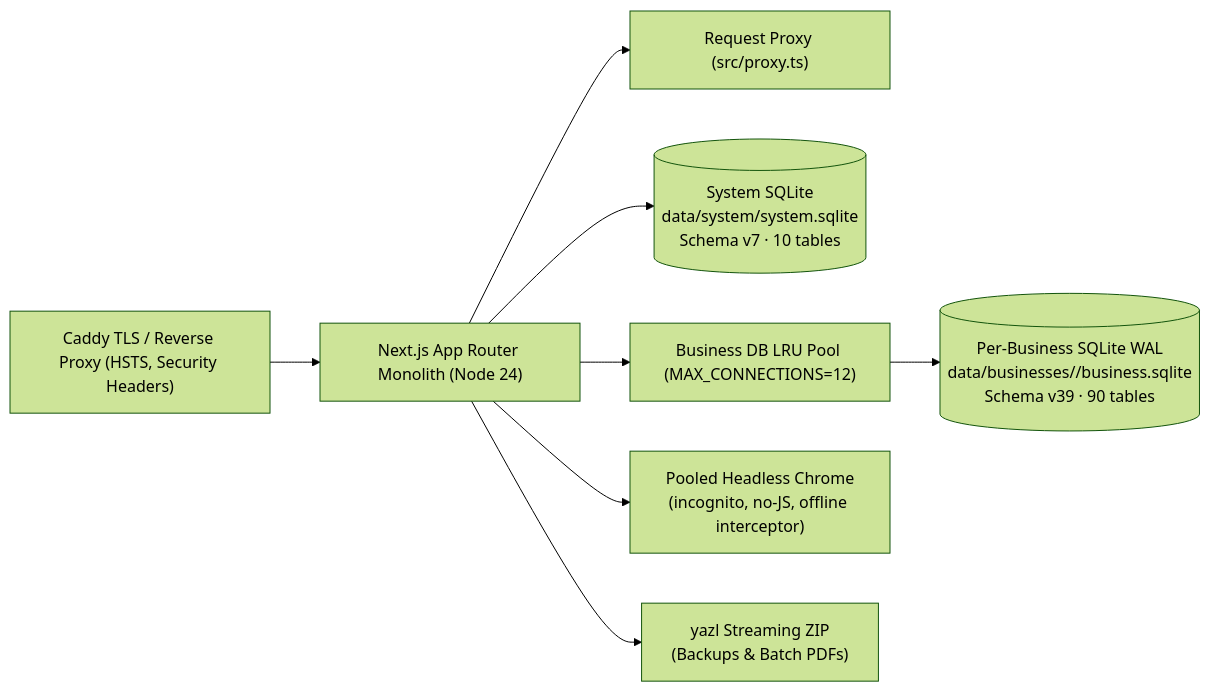
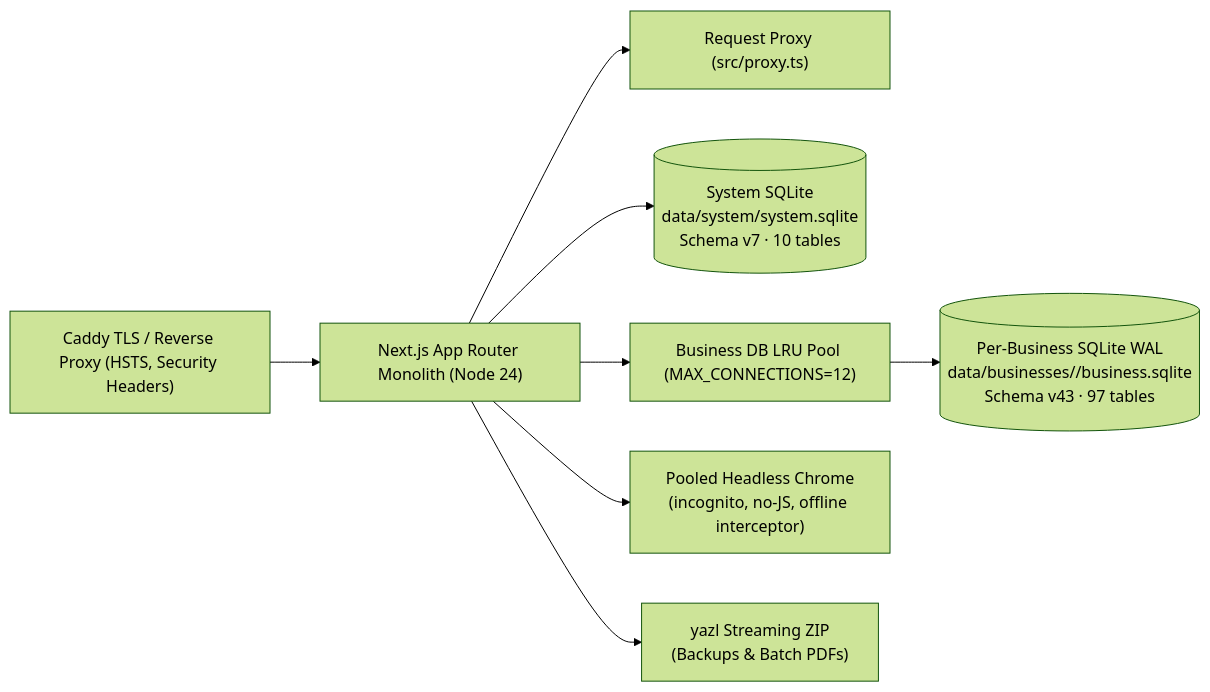
The diagram in docs/ARCHITECTURE.md (MuhammadRayyan/erp-software-2.0), drawn with Mermaid (forest theme) before and after one commit. The commit also changed other lines of this file and 2 other files, not shown here.

Commit message:
docs: accounting and architecture changes (schema v40–v43)

````diff
--- a/docs/ARCHITECTURE.md
+++ b/docs/ARCHITECTURE.md
@@ -12,10 +12,10 @@
 ```mermaid
 flowchart LR
   Caddy["Caddy TLS / Reverse Proxy (HSTS, Security Headers)"] --> NextApp["Next.js App Router Monolith (Node 24)"]
   NextApp --> Proxy["Request Proxy (src/proxy.ts)"]
   NextApp --> SysDB[("System SQLite\ndata/system/system.sqlite\nSchema v7 · 10 tables")]
   NextApp --> Pool["Business DB LRU Pool (MAX_CONNECTIONS=12)"]
-  Pool --> BizDB[("Per-Business SQLite WAL\ndata/businesses/<key>/business.sqlite\nSchema v39 · 90 tables")]
+  Pool --> BizDB[("Per-Business SQLite WAL\ndata/businesses/<key>/business.sqlite\nSchema v43 · 97 tables")]
   NextApp --> PdfPool["Pooled Headless Chrome\n(incognito, no-JS, offline interceptor)"]
   NextApp --> ZipStream["yazl Streaming ZIP\n(Backups & Batch PDFs)"]
 ```
````
